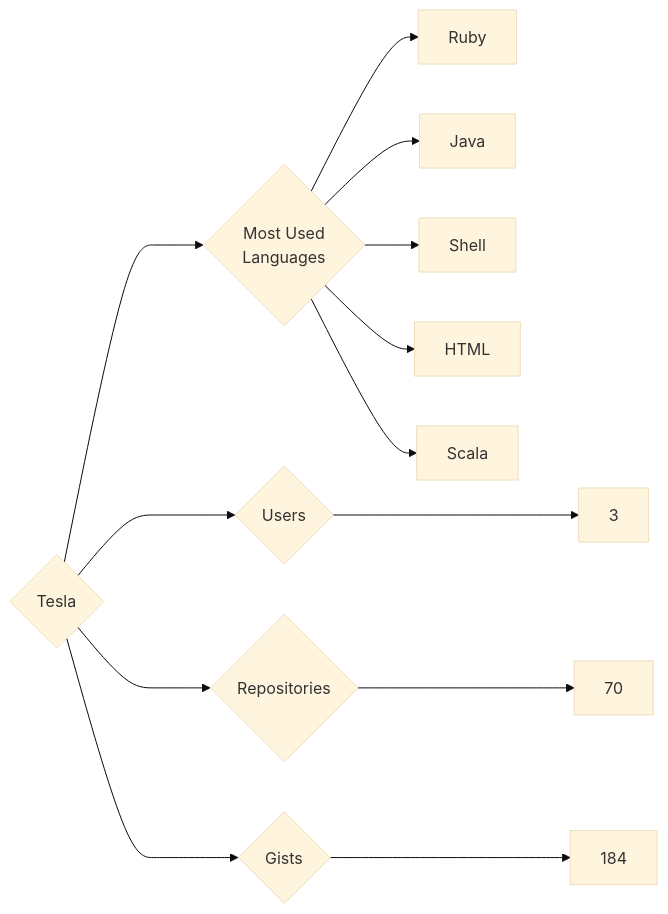
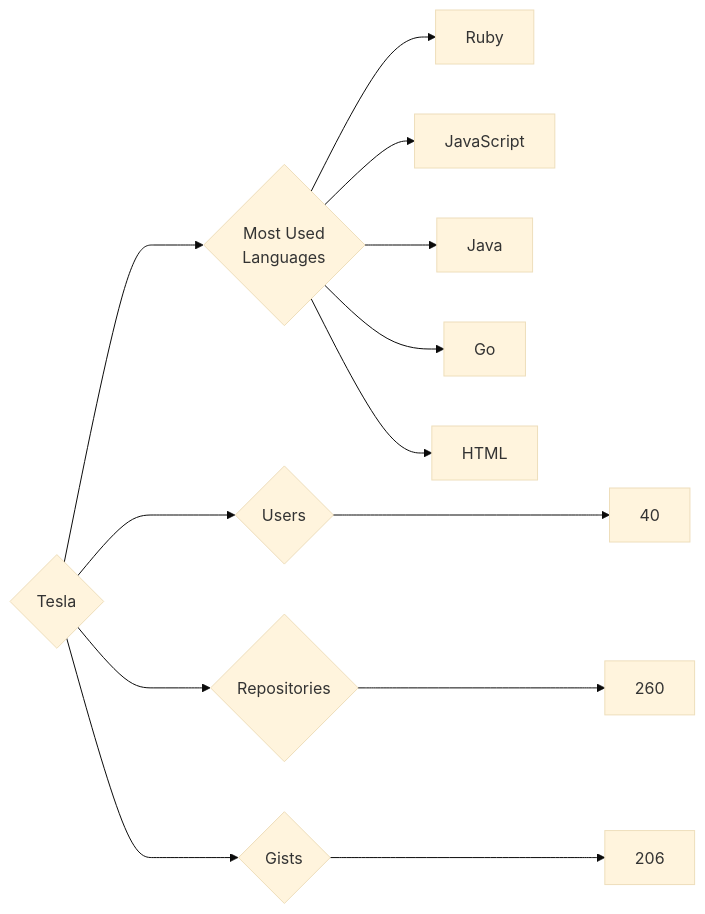
Before and after one commit to trickest/insiders: the diagram in targets/Tesla/README.md, drawn with Mermaid (base theme). The commit also changed 928 other files, not shown here.

````diff
--- a/targets/Tesla/README.md
+++ b/targets/Tesla/README.md
@@ -3,13 +3,13 @@
 ```mermaid
 graph LR
 COMPANY_NAME{Tesla}
-COMPANY_NAME ---> U{Users} ---> UN[3]
-COMPANY_NAME ---> R{Repositories} ---> RN[70]
-COMPANY_NAME ---> G{Gists} ---> GN[184]
+COMPANY_NAME ---> U{Users} ---> UN[40]
+COMPANY_NAME ---> R{Repositories} ---> RN[260]
+COMPANY_NAME ---> G{Gists} ---> GN[206]
 COMPANY_NAME ---> ML{Most Used<br>Languages}
 ML --> Ruby[Ruby]
+ML --> JavaScript[JavaScript]
 ML --> Java[Java]
-ML --> Shell[Shell]
+ML --> Go[Go]
 ML --> HTML[HTML]
-ML --> Scala[Scala]
 ```
````
